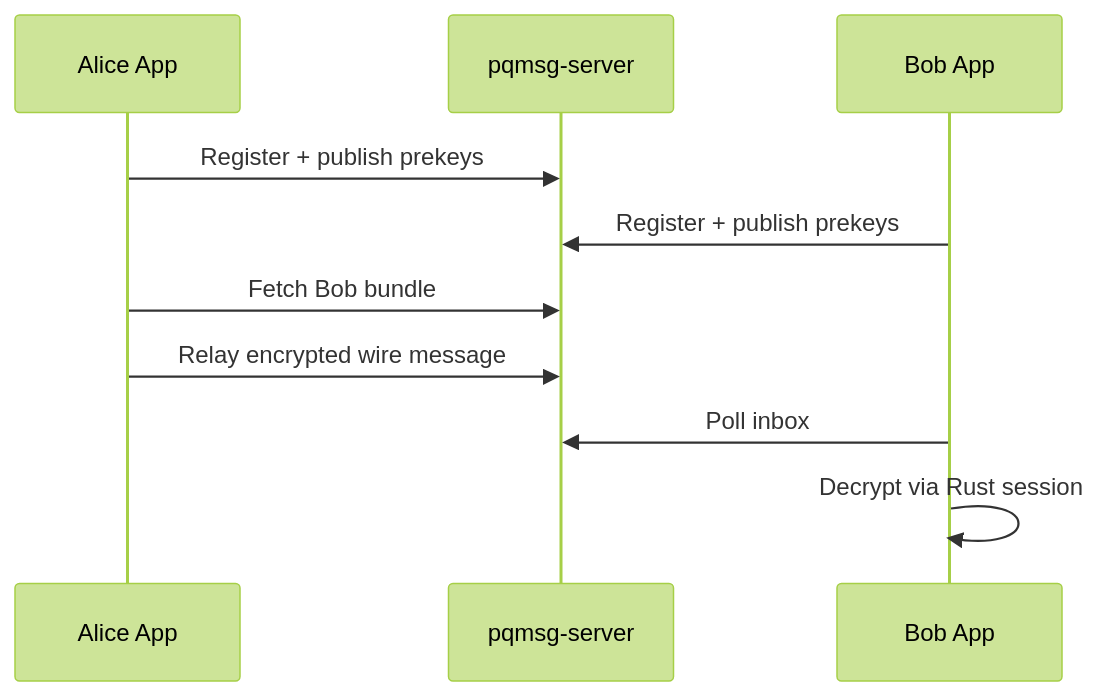
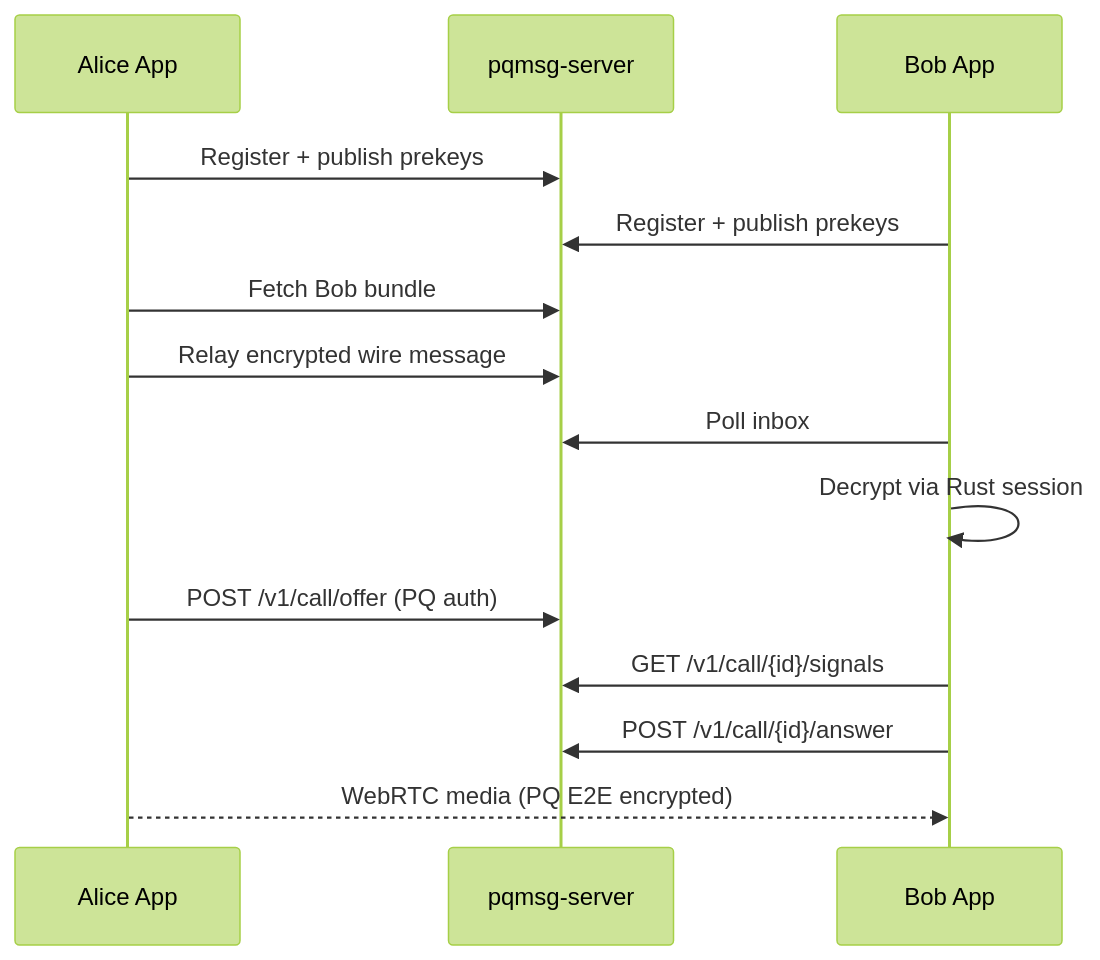
One commit to ErenAri/post-quantum-messaging-app changed the fourth of 4 diagrams in docs/ANDROID.md. Above: the diagram before and after it, drawn with Mermaid (forest theme). The commit also changed other lines of this file and 73 other files, not shown here.

````diff
--- a/docs/ANDROID.md
+++ b/docs/ANDROID.md
@@ -138,12 +152,16 @@
 ```mermaid
 sequenceDiagram
     participant A as Alice App
     participant S as pqmsg-server
     participant B as Bob App
     A->>S: Register + publish prekeys
     B->>S: Register + publish prekeys
     A->>S: Fetch Bob bundle
     A->>S: Relay encrypted wire message
     B->>S: Poll inbox
     B->>B: Decrypt via Rust session
+    A->>S: POST /v1/call/offer (PQ auth)
+    B->>S: GET /v1/call/{id}/signals
+    B->>S: POST /v1/call/{id}/answer
+    A-->>B: WebRTC media (PQ E2E encrypted)
 ```
````
